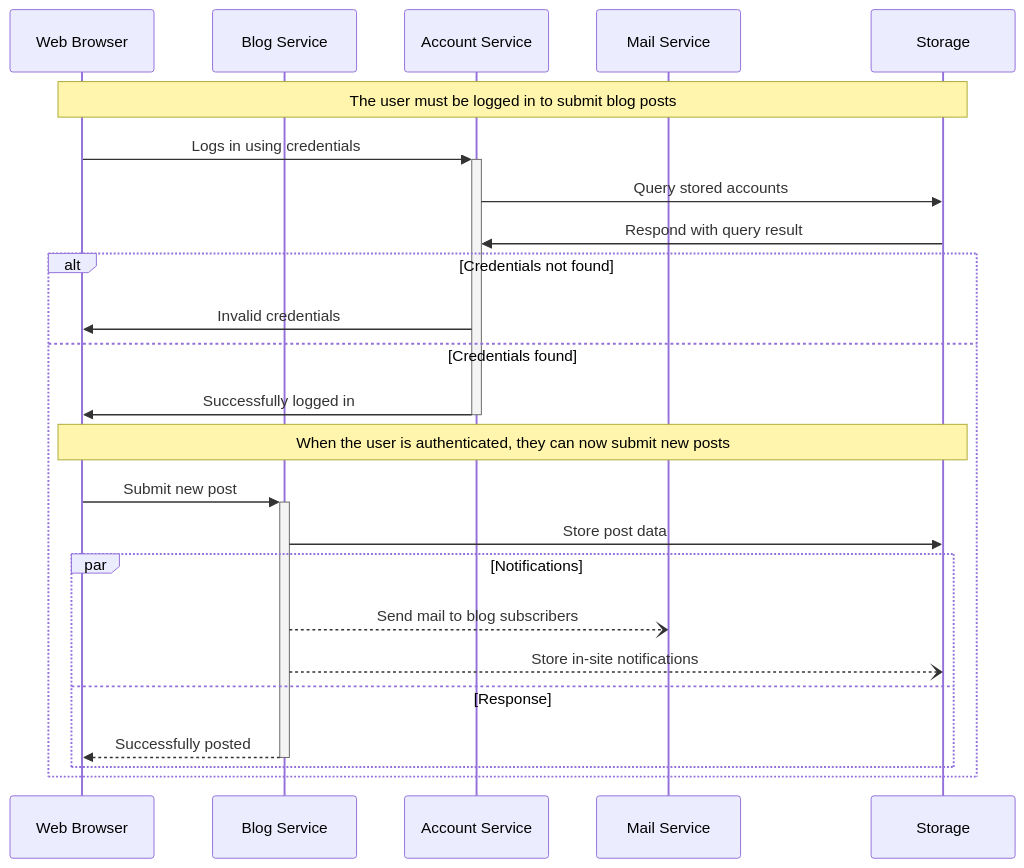
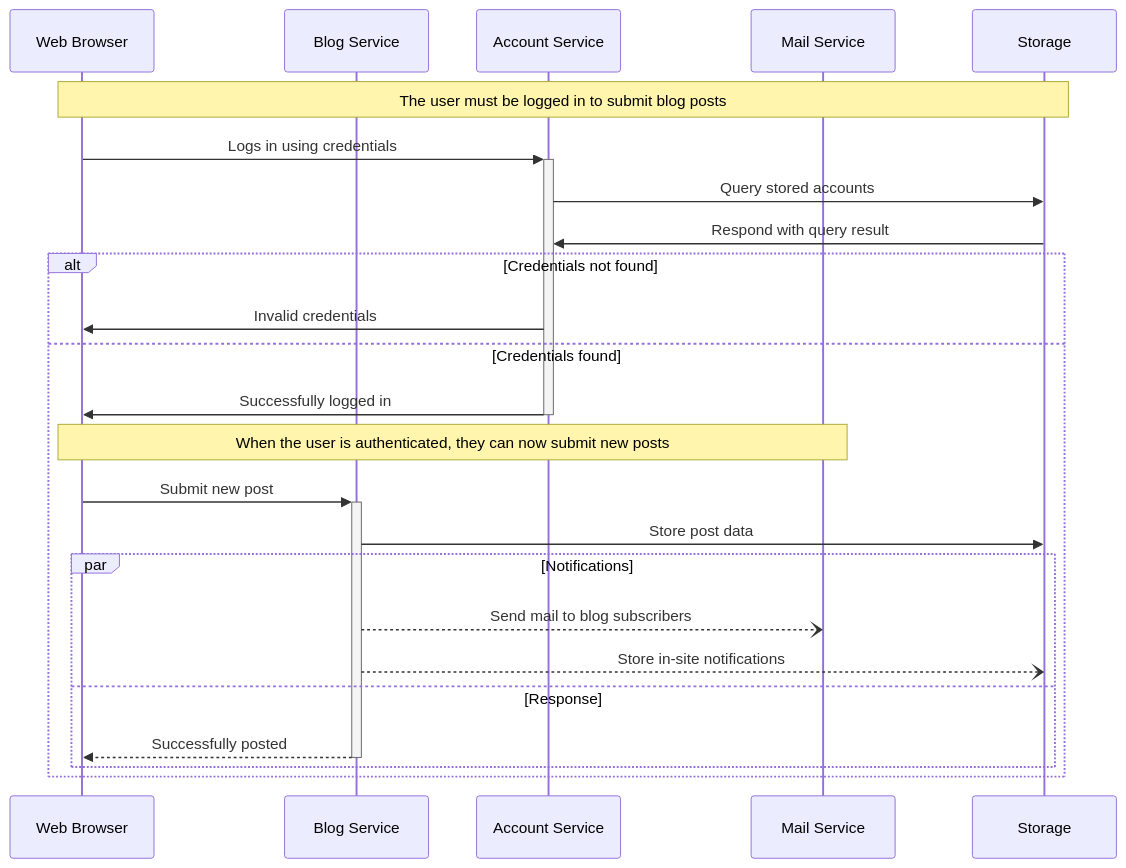
Before and after one commit to akuciuk/mkdemo: the diagram in docs/PaymentMethods/Paysafecard/overview.md, drawn with Mermaid. The commit also changed 6 other files, not shown here.

````diff
--- a/docs/PaymentMethods/Paysafecard/overview.md
+++ b/docs/PaymentMethods/Paysafecard/overview.md
@@ -21,31 +21,31 @@
 ```mermaid
 sequenceDiagram
 participant web as Web Browser
 participant blog as Blog Service
 participant account as Account Service
 participant mail as Mail Service
 participant db as Storage
 
     Note over web,db: The user must be logged in to submit blog posts
     web->>+account: Logs in using credentials
     account->>db: Query stored accounts
     db->>account: Respond with query result
 
     alt Credentials not found
         account->>web: Invalid credentials
     else Credentials found
         account->>-web: Successfully logged in
 
-        Note over web,db: When the user is authenticated, they can now submit new posts
+        Note over web,mail: When the user is authenticated, they can now submit new posts
         web->>+blog: Submit new post
         blog->>db: Store post data
 
         par Notifications
             blog--)mail: Send mail to blog subscribers
             blog--)db: Store in-site notifications
         and Response
             blog-->>-web: Successfully posted
         end
     end
 
 ```
````
